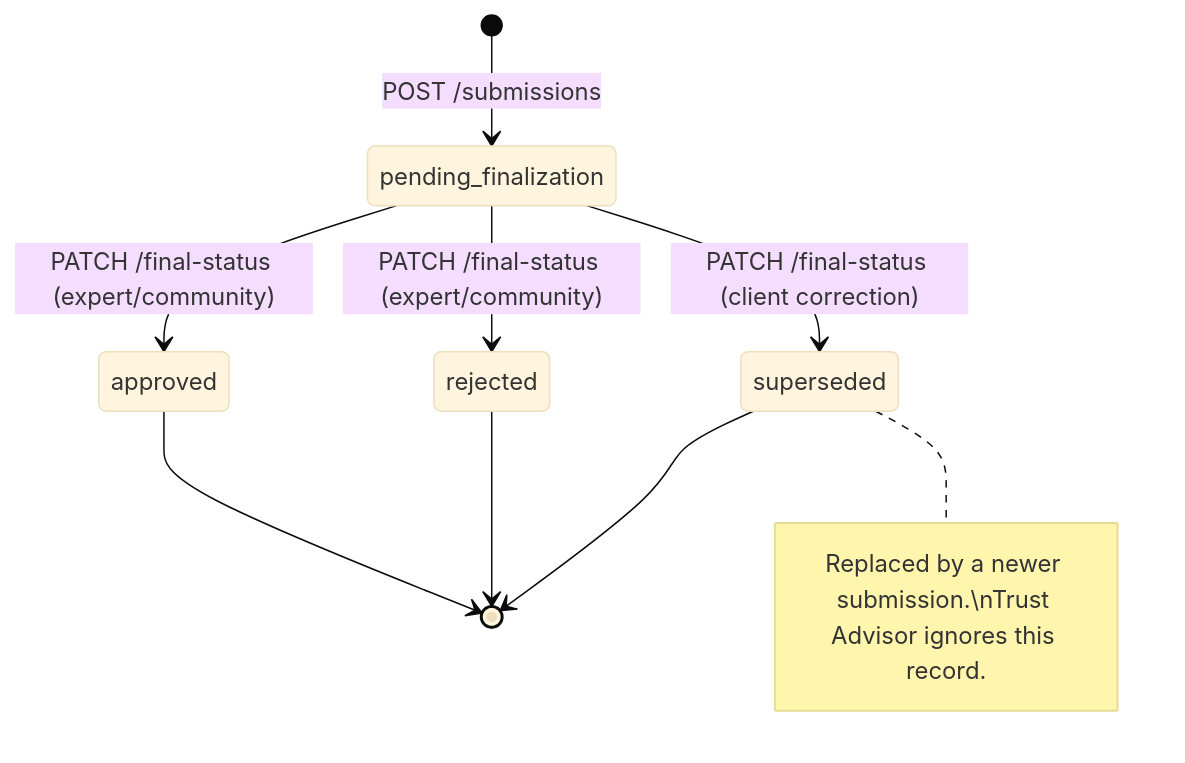
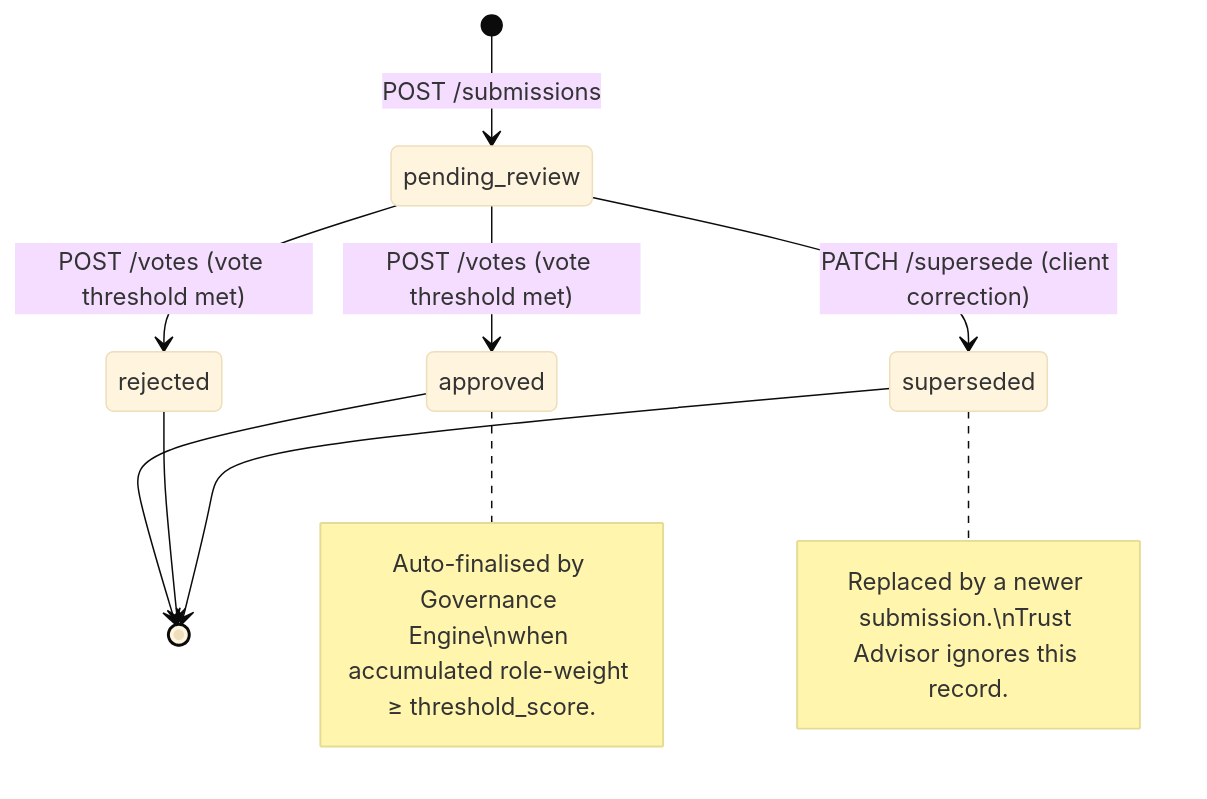
The third of 3 diagrams in docs/architecture/05_database_design.md (leyyce/winnow), drawn with Mermaid (base theme) before and after one commit. The commit also changed other lines of this file and 26 other files, not shown here.

First line of the commit message:
feat(governance): upgrade to active governance engine, dynamic role-weights, and webhooks

````diff
--- a/docs/architecture/05_database_design.md
+++ b/docs/architecture/05_database_design.md
@@ -294,12 +370,13 @@
 ```mermaid
 stateDiagram-v2
-    [*] --> pending_finalization: POST /submissions
-    pending_finalization --> approved: PATCH /final-status (expert/community)
-    pending_finalization --> rejected: PATCH /final-status (expert/community)
-    pending_finalization --> superseded: PATCH /final-status (client correction)
+    [*] --> pending_review: POST /submissions
+    pending_review --> approved: POST /votes (vote threshold met)
+    pending_review --> rejected: POST /votes (vote threshold met)
+    pending_review --> superseded: PATCH /supersede (client correction)
     approved --> [*]
     rejected --> [*]
     superseded --> [*]
 
+    note right of approved: Auto-finalised by Governance Engine\nwhen accumulated role-weight ≥ threshold_score.
     note right of superseded: Replaced by a newer submission.\nTrust Advisor ignores this record.
 ```
````
